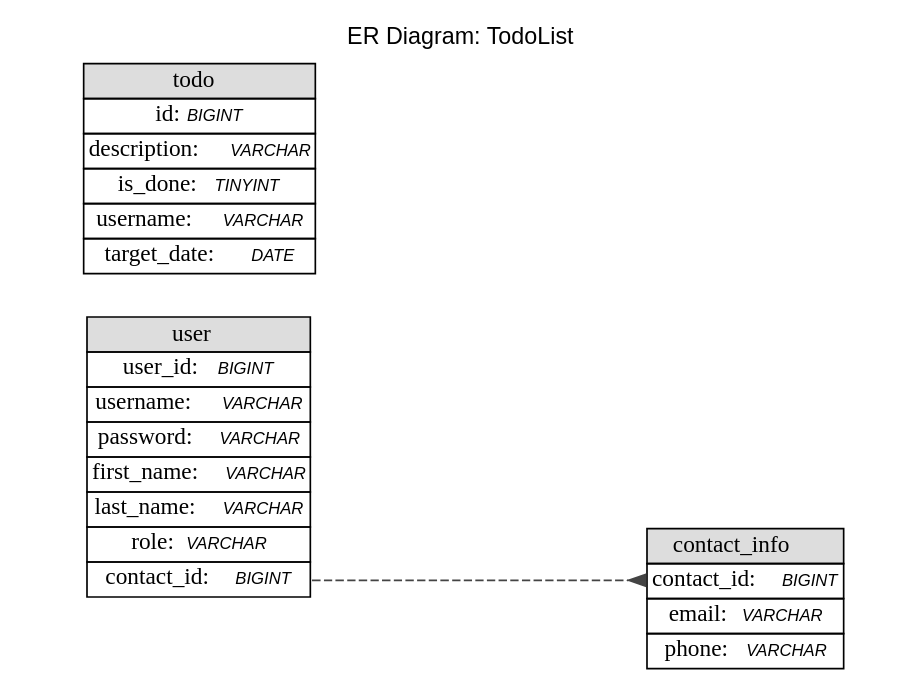
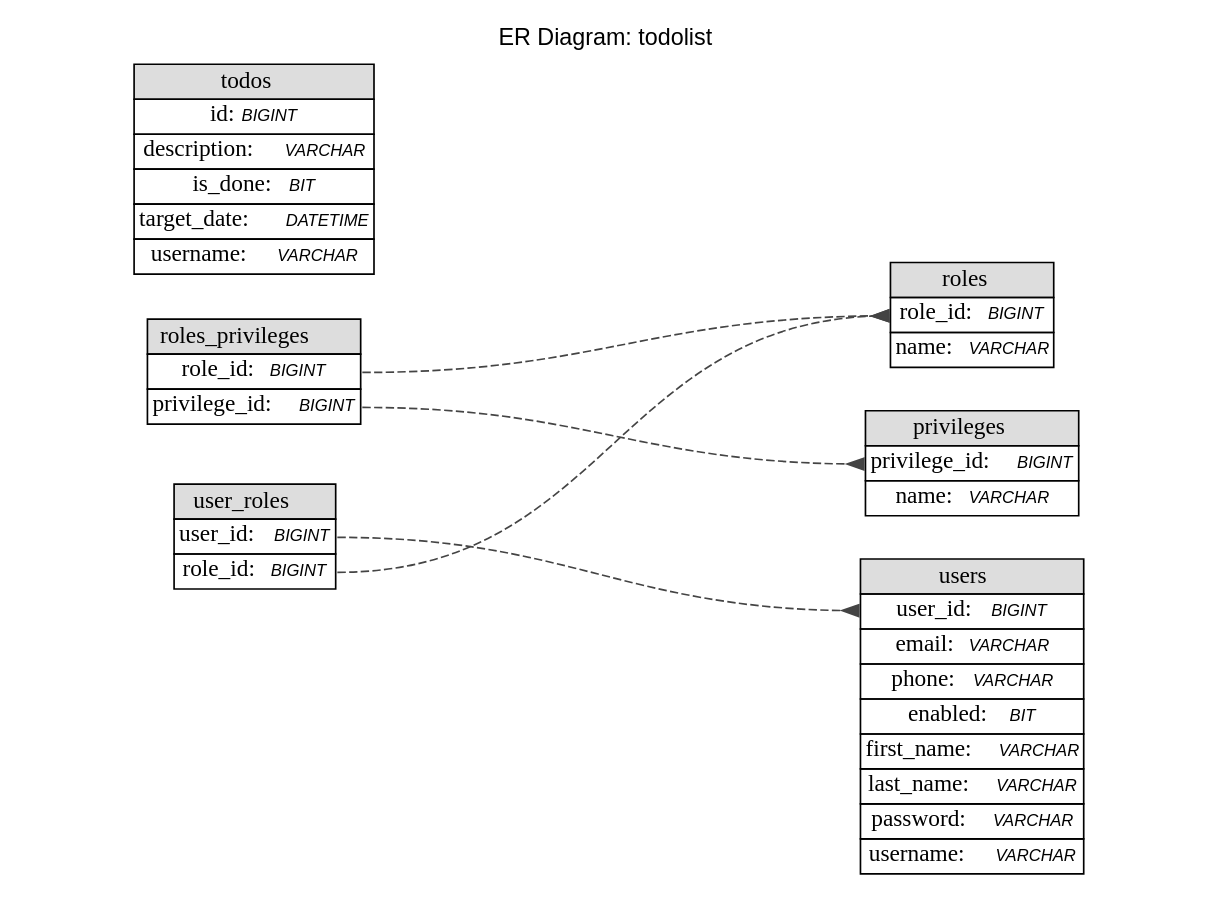
The diagram in TodoList.dot (Jacob-Webb/todos-backend), drawn with Graphviz before and after one commit. The commit also changed 4 other files, not shown here.

First line of the commit message:
Corrected join table errors in User and Role entities

```diff
--- a/TodoList.dot
+++ b/TodoList.dot
@@ -1,63 +1,96 @@
 // ************************************************************
 // Generated by: Sequel Pro
 // Version 4541
 //
 // http://www.sequelpro.com/
 // https://github.com/sequelpro/sequelpro
 //
 // Host: 127.0.0.1 (MySQL 5.5.5-10.3.11-MariaDB)
-// Database: TodoList
-// Generation Time: 2020-07-16 13:36:44 +0000
+// Database: todolist
+// Generation Time: 2020-08-13 13:26:58 +0000
 // ************************************************************
 
 digraph "Database Structure" {
-	label = "ER Diagram: TodoList";
+	label = "ER Diagram: todolist";
 	labelloc = t;
 	compound = true;
 	node [ shape = record ];
 	fontname = "Helvetica";
 	ranksep = 1.25;
 	ratio = 0.7;
 	rankdir = LR;
-	subgraph "table_contact_info" {
+	subgraph "table_privileges" {
 		node [ shape = "plaintext" ];
-		"contact_info" [ label=<
+		"privileges" [ label=<
 			<TABLE BORDER="0" CELLSPACING="0" CELLBORDER="1">
-			<TR><TD COLSPAN="3" BGCOLOR="#DDDDDD">contact_info</TD></TR>
-			<TR><TD COLSPAN="3" PORT="contact_id">contact_id:<FONT FACE="Helvetica-Oblique" POINT-SIZE="10">BIGINT</FONT></TD></TR>
-			<TR><TD COLSPAN="3" PORT="email">email:<FONT FACE="Helvetica-Oblique" POINT-SIZE="10">VARCHAR</FONT></TD></TR>
-			<TR><TD COLSPAN="3" PORT="phone">phone:<FONT FACE="Helvetica-Oblique" POINT-SIZE="10">VARCHAR</FONT></TD></TR>
+			<TR><TD COLSPAN="3" BGCOLOR="#DDDDDD">privileges</TD></TR>
+			<TR><TD COLSPAN="3" PORT="privilege_id">privilege_id:<FONT FACE="Helvetica-Oblique" POINT-SIZE="10">BIGINT</FONT></TD></TR>
+			<TR><TD COLSPAN="3" PORT="name">name:<FONT FACE="Helvetica-Oblique" POINT-SIZE="10">VARCHAR</FONT></TD></TR>
 			</TABLE>>
 		];
 	}
-	subgraph "table_todo" {
+	subgraph "table_roles" {
 		node [ shape = "plaintext" ];
-		"todo" [ label=<
+		"roles" [ label=<
 			<TABLE BORDER="0" CELLSPACING="0" CELLBORDER="1">
-			<TR><TD COLSPAN="3" BGCOLOR="#DDDDDD">todo</TD></TR>
-			<TR><TD COLSPAN="3" PORT="id">id:<FONT FACE="Helvetica-Oblique" POINT-SIZE="10">BIGINT</FONT></TD></TR>
-			<TR><TD COLSPAN="3" PORT="description">description:<FONT FACE="Helvetica-Oblique" POINT-SIZE="10">VARCHAR</FONT></TD></TR>
-			<TR><TD COLSPAN="3" PORT="is_done">is_done:<FONT FACE="Helvetica-Oblique" POINT-SIZE="10">TINYINT</FONT></TD></TR>
-			<TR><TD COLSPAN="3" PORT="username">username:<FONT FACE="Helvetica-Oblique" POINT-SIZE="10">VARCHAR</FONT></TD></TR>
-			<TR><TD COLSPAN="3" PORT="target_date">target_date:<FONT FACE="Helvetica-Oblique" POINT-SIZE="10">DATE</FONT></TD></TR>
+			<TR><TD COLSPAN="3" BGCOLOR="#DDDDDD">roles</TD></TR>
+			<TR><TD COLSPAN="3" PORT="role_id">role_id:<FONT FACE="Helvetica-Oblique" POINT-SIZE="10">BIGINT</FONT></TD></TR>
+			<TR><TD COLSPAN="3" PORT="name">name:<FONT FACE="Helvetica-Oblique" POINT-SIZE="10">VARCHAR</FONT></TD></TR>
 			</TABLE>>
 		];
 	}
-	subgraph "table_user" {
+	subgraph "table_roles_privileges" {
 		node [ shape = "plaintext" ];
-		"user" [ label=<
+		"roles_privileges" [ label=<
 			<TABLE BORDER="0" CELLSPACING="0" CELLBORDER="1">
-			<TR><TD COLSPAN="3" BGCOLOR="#DDDDDD">user</TD></TR>
+			<TR><TD COLSPAN="3" BGCOLOR="#DDDDDD">roles_privileges</TD></TR>
+			<TR><TD COLSPAN="3" PORT="role_id">role_id:<FONT FACE="Helvetica-Oblique" POINT-SIZE="10">BIGINT</FONT></TD></TR>
+			<TR><TD COLSPAN="3" PORT="privilege_id">privilege_id:<FONT FACE="Helvetica-Oblique" POINT-SIZE="10">BIGINT</FONT></TD></TR>
+			</TABLE>>
+		];
+	}
+	subgraph "table_todos" {
+		node [ shape = "plaintext" ];
+		"todos" [ label=<
+			<TABLE BORDER="0" CELLSPACING="0" CELLBORDER="1">
+			<TR><TD COLSPAN="3" BGCOLOR="#DDDDDD">todos</TD></TR>
+			<TR><TD COLSPAN="3" PORT="id">id:<FONT FACE="Helvetica-Oblique" POINT-SIZE="10">BIGINT</FONT></TD></TR>
+			<TR><TD COLSPAN="3" PORT="description">description:<FONT FACE="Helvetica-Oblique" POINT-SIZE="10">VARCHAR</FONT></TD></TR>
+			<TR><TD COLSPAN="3" PORT="is_done">is_done:<FONT FACE="Helvetica-Oblique" POINT-SIZE="10">BIT</FONT></TD></TR>
+			<TR><TD COLSPAN="3" PORT="target_date">target_date:<FONT FACE="Helvetica-Oblique" POINT-SIZE="10">DATETIME</FONT></TD></TR>
+			<TR><TD COLSPAN="3" PORT="username">username:<FONT FACE="Helvetica-Oblique" POINT-SIZE="10">VARCHAR</FONT></TD></TR>
+			</TABLE>>
+		];
+	}
+	subgraph "table_user_roles" {
+		node [ shape = "plaintext" ];
+		"user_roles" [ label=<
+			<TABLE BORDER="0" CELLSPACING="0" CELLBORDER="1">
+			<TR><TD COLSPAN="3" BGCOLOR="#DDDDDD">user_roles</TD></TR>
 			<TR><TD COLSPAN="3" PORT="user_id">user_id:<FONT FACE="Helvetica-Oblique" POINT-SIZE="10">BIGINT</FONT></TD></TR>
-			<TR><TD COLSPAN="3" PORT="username">username:<FONT FACE="Helvetica-Oblique" POINT-SIZE="10">VARCHAR</FONT></TD></TR>
-			<TR><TD COLSPAN="3" PORT="password">password:<FONT FACE="Helvetica-Oblique" POINT-SIZE="10">VARCHAR</FONT></TD></TR>
+			<TR><TD COLSPAN="3" PORT="role_id">role_id:<FONT FACE="Helvetica-Oblique" POINT-SIZE="10">BIGINT</FONT></TD></TR>
+			</TABLE>>
+		];
+	}
+	subgraph "table_users" {
+		node [ shape = "plaintext" ];
+		"users" [ label=<
+			<TABLE BORDER="0" CELLSPACING="0" CELLBORDER="1">
+			<TR><TD COLSPAN="3" BGCOLOR="#DDDDDD">users</TD></TR>
+			<TR><TD COLSPAN="3" PORT="user_id">user_id:<FONT FACE="Helvetica-Oblique" POINT-SIZE="10">BIGINT</FONT></TD></TR>
+			<TR><TD COLSPAN="3" PORT="email">email:<FONT FACE="Helvetica-Oblique" POINT-SIZE="10">VARCHAR</FONT></TD></TR>
+			<TR><TD COLSPAN="3" PORT="phone">phone:<FONT FACE="Helvetica-Oblique" POINT-SIZE="10">VARCHAR</FONT></TD></TR>
+			<TR><TD COLSPAN="3" PORT="enabled">enabled:<FONT FACE="Helvetica-Oblique" POINT-SIZE="10">BIT</FONT></TD></TR>
 			<TR><TD COLSPAN="3" PORT="first_name">first_name:<FONT FACE="Helvetica-Oblique" POINT-SIZE="10">VARCHAR</FONT></TD></TR>
 			<TR><TD COLSPAN="3" PORT="last_name">last_name:<FONT FACE="Helvetica-Oblique" POINT-SIZE="10">VARCHAR</FONT></TD></TR>
-			<TR><TD COLSPAN="3" PORT="role">role:<FONT FACE="Helvetica-Oblique" POINT-SIZE="10">VARCHAR</FONT></TD></TR>
-			<TR><TD COLSPAN="3" PORT="contact_id">contact_id:<FONT FACE="Helvetica-Oblique" POINT-SIZE="10">BIGINT</FONT></TD></TR>
+			<TR><TD COLSPAN="3" PORT="password">password:<FONT FACE="Helvetica-Oblique" POINT-SIZE="10">VARCHAR</FONT></TD></TR>
+			<TR><TD COLSPAN="3" PORT="username">username:<FONT FACE="Helvetica-Oblique" POINT-SIZE="10">VARCHAR</FONT></TD></TR>
 			</TABLE>>
 		];
 	}
 edge [ arrowhead=inv, arrowtail=normal, style=dashed, color="#444444" ];
-user:contact_id -> contact_info:contact_id ;
+roles_privileges:privilege_id -> privileges:privilege_id ;
+roles_privileges:role_id -> roles:role_id ;
+user_roles:role_id -> roles:role_id ;
+user_roles:user_id -> users:user_id ;
 }
```
